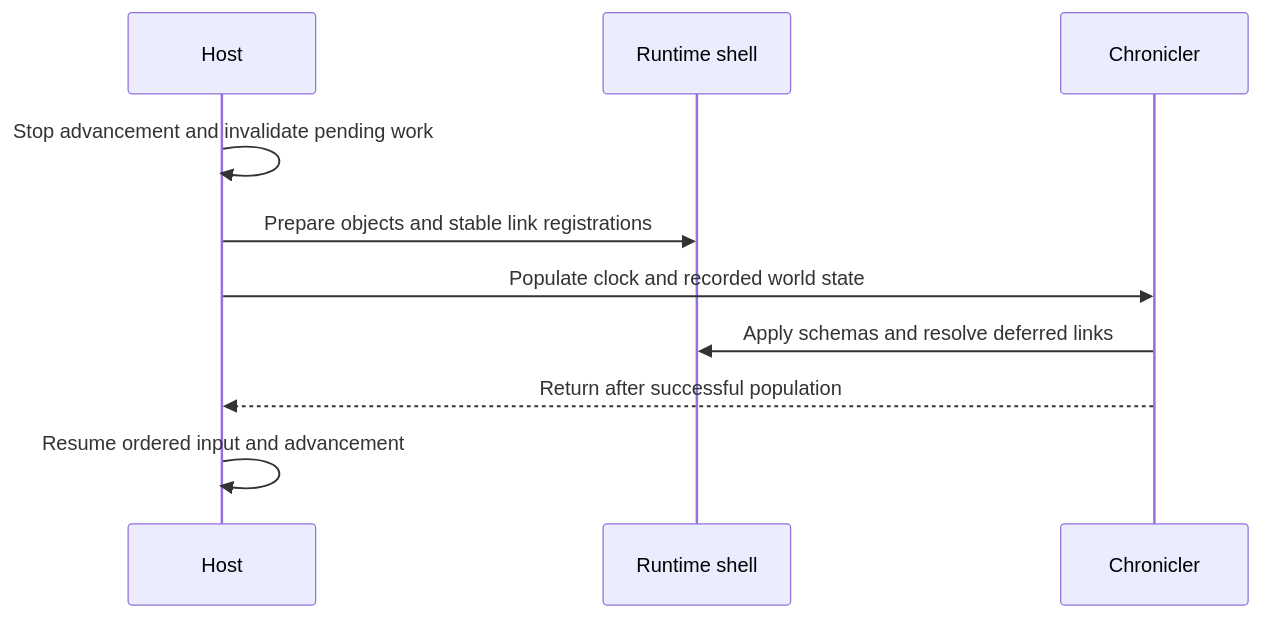
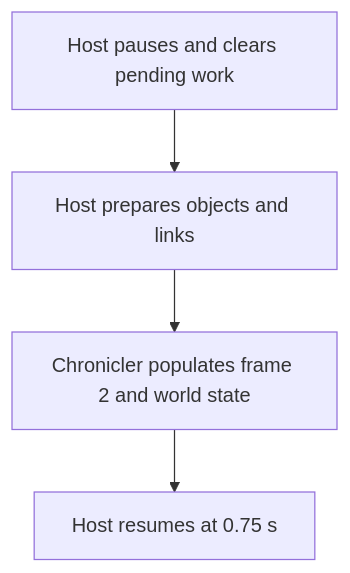
Before and after one commit to mrdav30/Chronicler: the diagram in docs/api/guides/simulation-timing.md, drawn with Mermaid. The commit also changed other lines of this file and 9 other files, not shown here.

````diff
--- a/docs/api/guides/simulation-timing.md
+++ b/docs/api/guides/simulation-timing.md
@@ -172,12 +81,10 @@
 ```mermaid
-sequenceDiagram
-    participant Host
-    participant World as Runtime shell
-    participant Chronicler
-    Host->>Host: Stop advancement and invalidate pending work
-    Host->>World: Prepare objects and stable link registrations
-    Host->>Chronicler: Populate clock and recorded world state
-    Chronicler->>World: Apply schemas and resolve deferred links
-    Chronicler-->>Host: Return after successful population
-    Host->>Host: Resume ordered input and advancement
+flowchart TD
+    accTitle: Restore a world at frame 2
+    accDescr: The host pauses and prepares the destination. Chronicler populates frame 2, the clock step, and corresponding world state. The host resumes after successful population.
+    Pause["Host pauses and clears pending work"]
+    Prepare["Host prepares objects and links"]
+    Restore["Chronicler populates frame 2 and world state"]
+    Resume["Host resumes at 0.75 s"]
+    Pause --> Prepare --> Restore --> Resume
 ```
````
